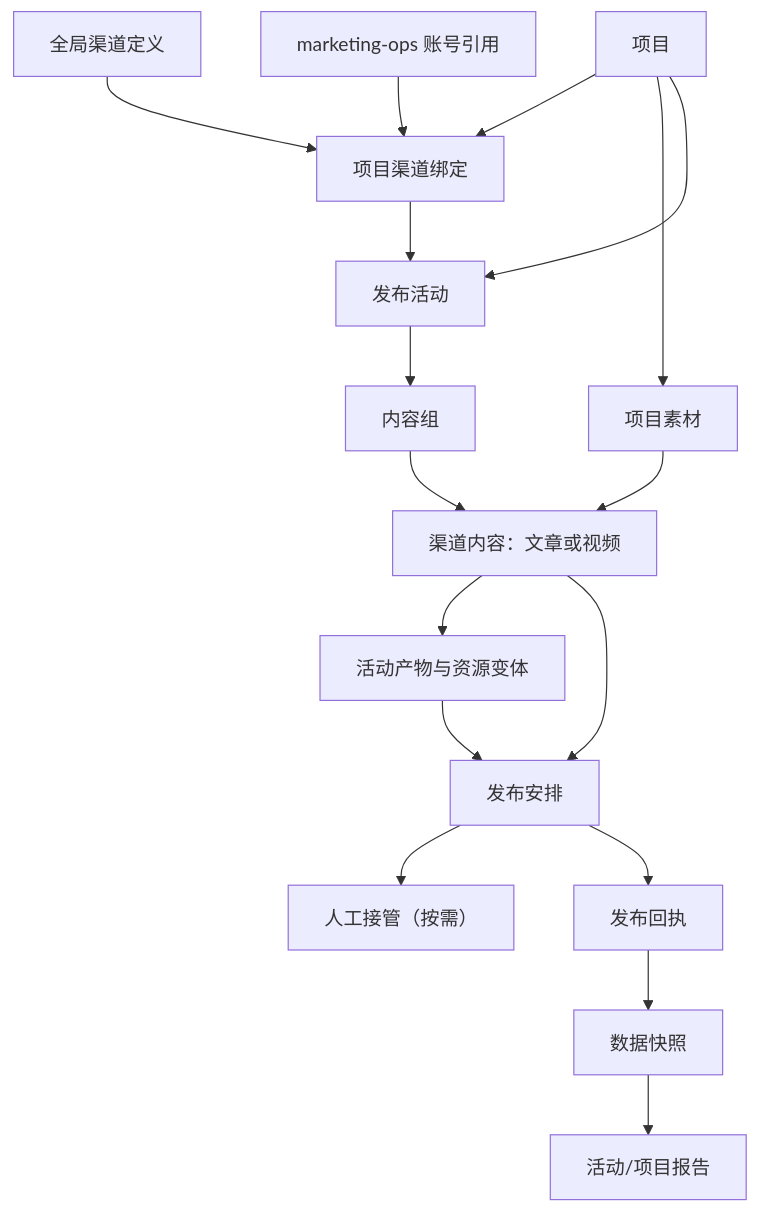
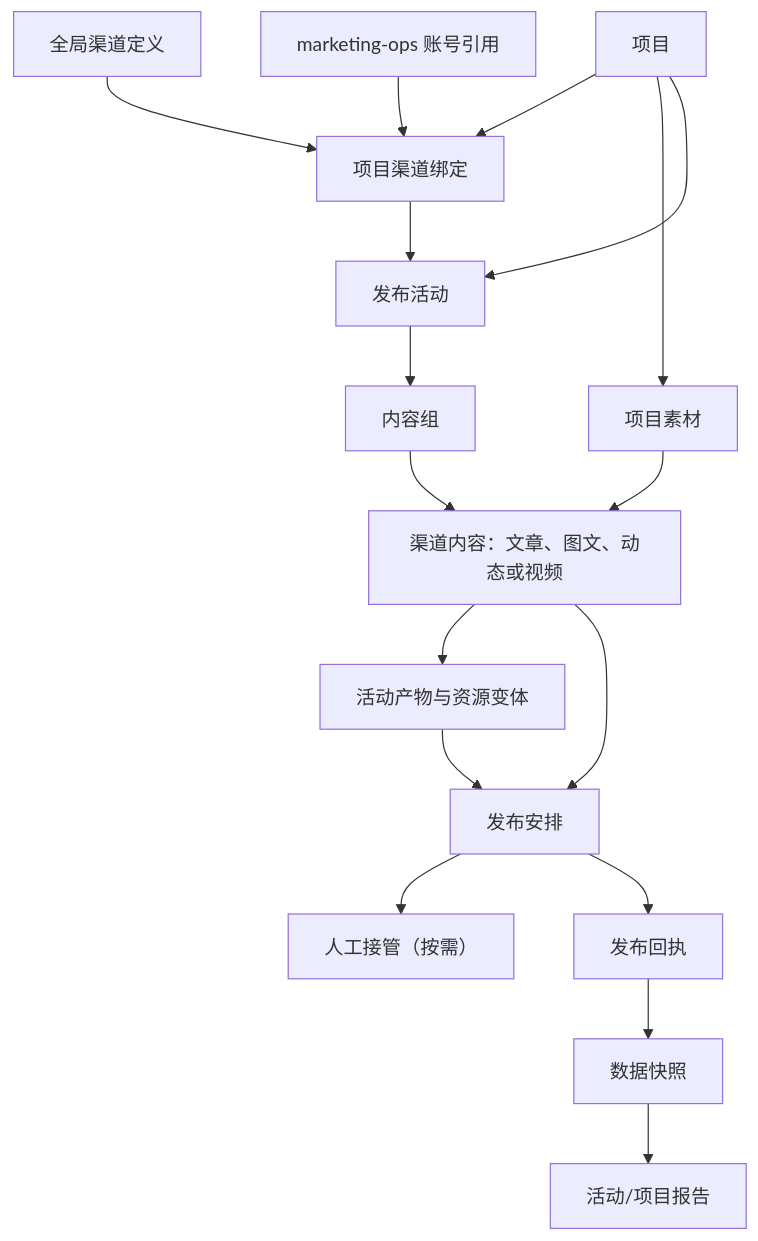
The first of 2 diagrams in docs/control-plane.md (IllegalCreed/content-studio), drawn with Mermaid before and after one commit. The commit also changed other lines of this file and 27 other files, not shown here.

````diff
--- a/docs/control-plane.md
+++ b/docs/control-plane.md
@@ -60,19 +60,19 @@
 ```mermaid
 flowchart TB
   G["全局渠道定义"] --> B["项目渠道绑定"]
   CA["marketing-ops 账号引用"] --> B
   P["项目"] --> B
   P --> PA["项目素材"]
   P --> A["发布活动"]
   B --> A
   A --> CG["内容组"]
-  CG --> CC["渠道内容：文章或视频"]
+  CG --> CC["渠道内容：文章、图文、动态或视频"]
   PA --> CC
   CC --> AR["活动产物与资源变体"]
   CC --> PP["发布安排"]
   AR --> PP
   PP --> HO["人工接管（按需）"]
   PP --> PR["发布回执"]
   PR --> OB["数据快照"]
   OB --> RP["活动/项目报告"]
 ```
````
